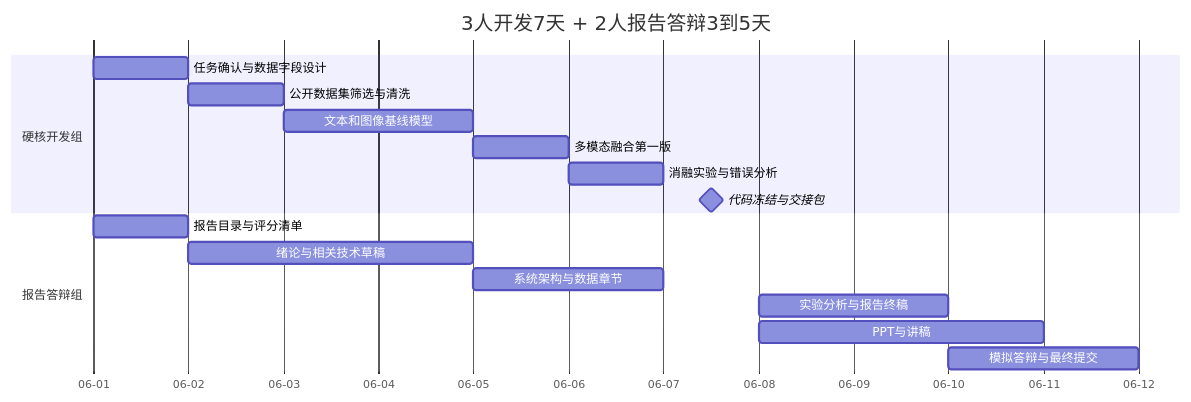
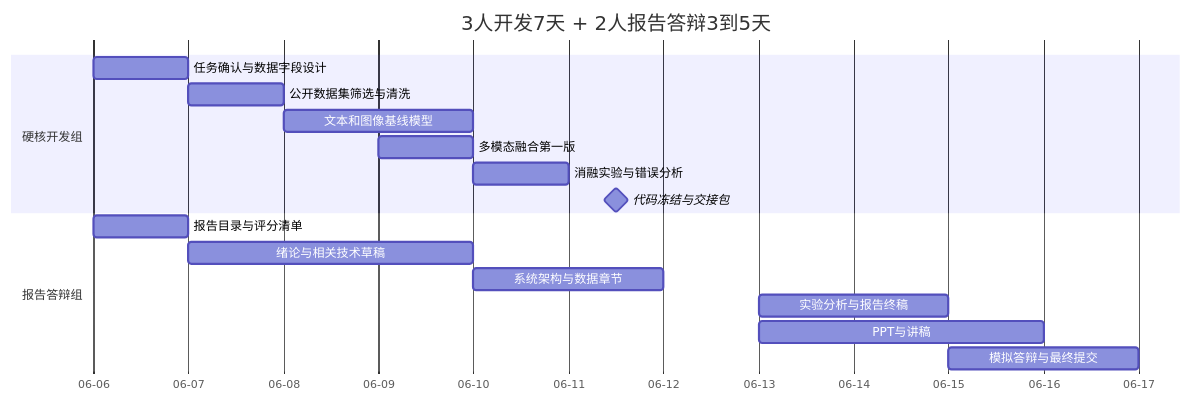
One commit to LiaoYK001/NetContSecurity-Project-LHCGC-2026 changed the diagram in document/人员分工参考Team-Responsibility-Reference.md. Above: the diagram before and after it, drawn with Mermaid. The commit also changed other lines of this file and 7 other files, not shown here.

````diff
--- a/document/人员分工参考Team-Responsibility-Reference.md
+++ b/document/人员分工参考Team-Responsibility-Reference.md
@@ -48,22 +60,22 @@
 ```mermaid
 gantt
     title 3人开发7天 + 2人报告答辩3到5天
     dateFormat  YYYY-MM-DD
     axisFormat  %m-%d
 
     section 硬核开发组
-    任务确认与数据字段设计           :dev1, 2026-06-01, 1d
-    公开数据集筛选与清洗             :dev2, 2026-06-02, 1d
-    文本和图像基线模型               :dev3, 2026-06-03, 2d
-    多模态融合第一版                 :dev4, 2026-06-05, 1d
-    消融实验与错误分析               :dev5, 2026-06-06, 1d
-    代码冻结与交接包                 :milestone, dev6, 2026-06-07, 1d
+    任务确认与数据字段设计           :dev1, 2026-06-06, 1d
+    公开数据集筛选与清洗             :dev2, 2026-06-07, 1d
+    文本和图像基线模型               :dev3, 2026-06-08, 2d
+    多模态融合第一版                 :dev4, 2026-06-09, 1d
+    消融实验与错误分析               :dev5, 2026-06-10, 1d
+    代码冻结与交接包                 :milestone, dev6, 2026-06-11, 1d
 
     section 报告答辩组
-    报告目录与评分清单               :doc1, 2026-06-01, 1d
-    绪论与相关技术草稿               :doc2, 2026-06-02, 3d
-    系统架构与数据章节               :doc3, 2026-06-05, 2d
-    实验分析与报告终稿               :doc4, 2026-06-08, 2d
-    PPT与讲稿                        :doc5, 2026-06-08, 3d
-    模拟答辩与最终提交               :doc6, 2026-06-10, 2d
+    报告目录与评分清单               :doc1, 2026-06-06, 1d
+    绪论与相关技术草稿               :doc2, 2026-06-07, 3d
+    系统架构与数据章节               :doc3, 2026-06-10, 2d
+    实验分析与报告终稿               :doc4, 2026-06-13, 2d
+    PPT与讲稿                        :doc5, 2026-06-13, 3d
+    模拟答辩与最终提交               :doc6, 2026-06-15, 2d
 ```
````
